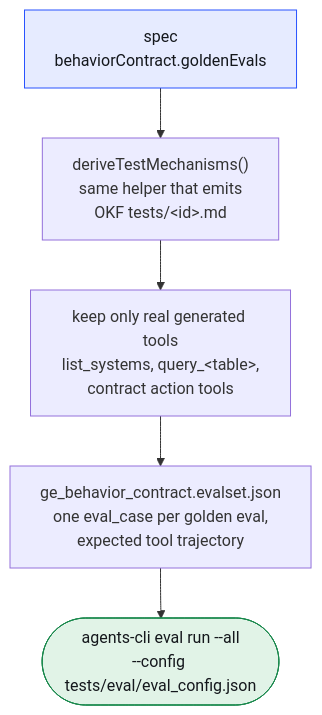
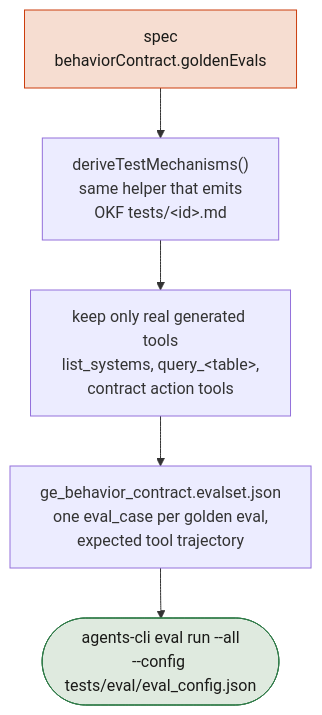
One commit to vamsiramakrishnan/ge-agent-factory changed the diagram in docs/diagrams-src/eval-derivation.mmd. Above: the diagram before and after it, drawn with Mermaid. The commit also changed 87 other files, not shown here.

```diff
--- a/docs/diagrams-src/eval-derivation.mmd
+++ b/docs/diagrams-src/eval-derivation.mmd
@@ -1,10 +1,10 @@
 flowchart TD
     G["spec\nbehaviorContract.goldenEvals"] --> M["deriveTestMechanisms()\nsame helper that emits\nOKF tests/&lt;id&gt;.md"]
     M --> F["keep only real generated tools\nlist_systems, query_&lt;table&gt;,\ncontract action tools"]
     F --> E["ge_behavior_contract.evalset.json\none eval_case per golden eval,\nexpected tool trajectory"]
     E --> R(["agents-cli eval run --all\n--config tests/eval/eval_config.json"])
 
-    classDef contract fill:#e6ebff,stroke:#2953ff,color:#14171c
-    classDef run fill:#e1f3e7,stroke:#16874a,color:#14171c
+    classDef contract fill:#f6ddd1,stroke:#cc3d0d,color:#1a1a18
+    classDef run fill:#dfeadf,stroke:#2e7a47,color:#1a1a18
     class G contract
     class R run
```
